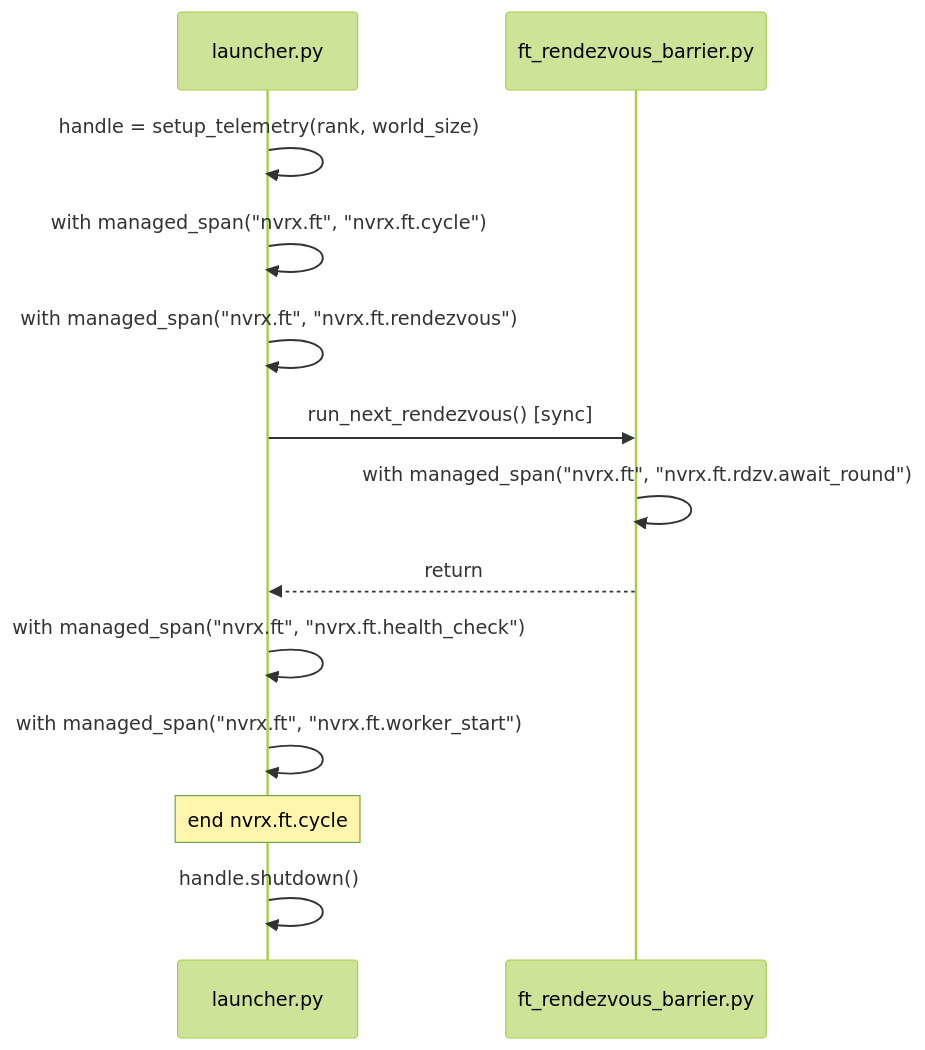
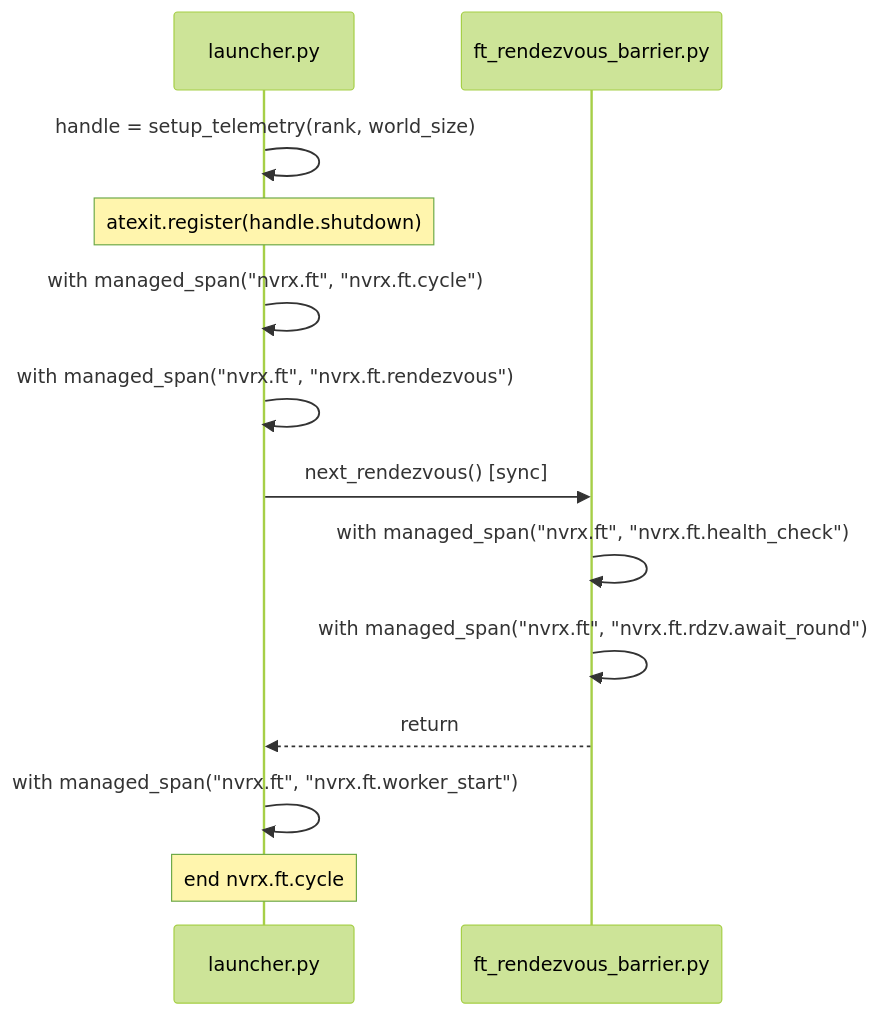
One commit to NVIDIA/nvidia-resiliency-ext changed the third of 4 diagrams in docs/design/telemetry/NEMO_LENS.md. Above: the diagram before and after it, drawn with Mermaid (forest theme). The commit also changed other lines of this file and 5 other files, not shown here.

````diff
--- a/docs/design/telemetry/NEMO_LENS.md
+++ b/docs/design/telemetry/NEMO_LENS.md
@@ -91,16 +97,16 @@
 ```mermaid
 sequenceDiagram
     participant L as launcher.py
     participant R as ft_rendezvous_barrier.py
 
     L->>L: handle = setup_telemetry(rank, world_size)
+    Note over L: atexit.register(handle.shutdown)
     L->>L: with managed_span("nvrx.ft", "nvrx.ft.cycle")
     L->>L: with managed_span("nvrx.ft", "nvrx.ft.rendezvous")
-    L->>R: run_next_rendezvous() [sync]
+    L->>R: next_rendezvous() [sync]
+    R->>R: with managed_span("nvrx.ft", "nvrx.ft.health_check")
     R->>R: with managed_span("nvrx.ft", "nvrx.ft.rdzv.await_round")
     R-->>L: return
-    L->>L: with managed_span("nvrx.ft", "nvrx.ft.health_check")
     L->>L: with managed_span("nvrx.ft", "nvrx.ft.worker_start")
     Note over L: end nvrx.ft.cycle
-    L->>L: handle.shutdown()
 ```
````
